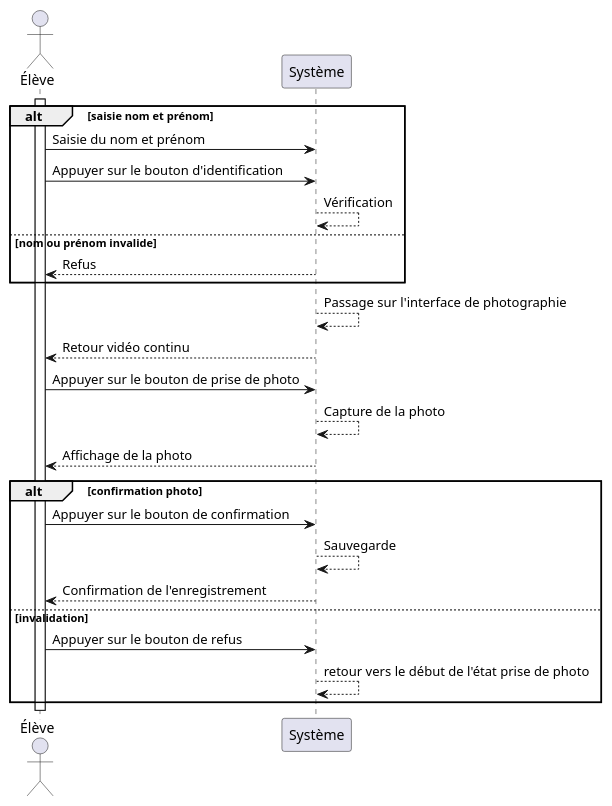
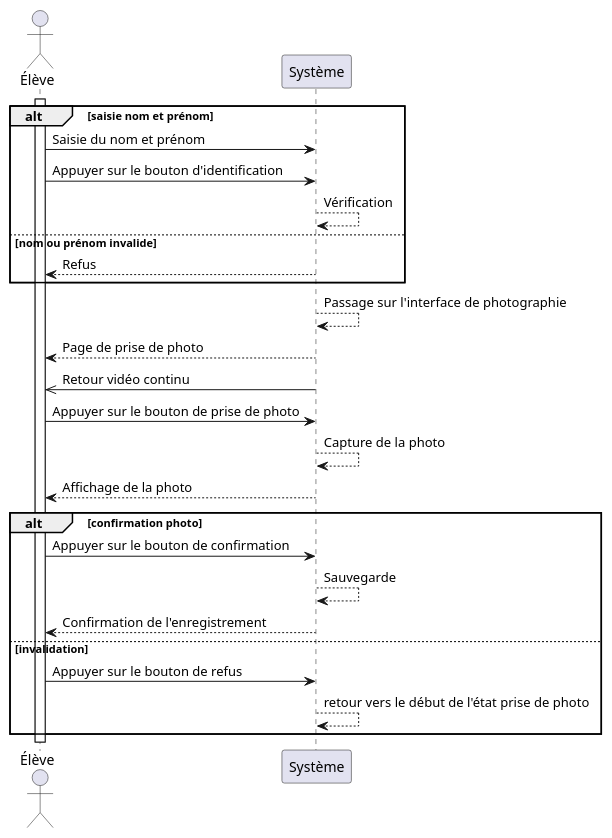
The diagram in Diagrammes/use_case_etudiant_prend_photo.wsd (pandadorable/Trombinoscope), drawn with PlantUML before and after one commit.

Commit message:
fix : message asynchrone on use case photo

```diff
--- a/Diagrammes/use_case_etudiant_prend_photo.wsd
+++ b/Diagrammes/use_case_etudiant_prend_photo.wsd
@@ -1,28 +1,29 @@
 @startuml etudiant_prend_photo
 actor Élève
 activate Élève
 alt saisie nom et prénom
      Élève-> Système: Saisie du nom et prénom
      Élève-> Système: Appuyer sur le bouton d'identification
      Système--> Système : Vérification
 else nom ou prénom invalide
      Système--> Élève: Refus
 end
 
 Système--> Système : Passage sur l'interface de photographie
-Système--> Élève: Retour vidéo continu
+Système--> Élève: Page de prise de photo
+Système->> Élève: Retour vidéo continu
 
 Élève-> Système: Appuyer sur le bouton de prise de photo
 Système--> Système : Capture de la photo
 Système--> Élève: Affichage de la photo
 
 
 alt confirmation photo
      Élève-> Système: Appuyer sur le bouton de confirmation
      Système--> Système : Sauvegarde
      Système--> Élève: Confirmation de l'enregistrement
 else invalidation
      Élève-> Système: Appuyer sur le bouton de refus
      Système--> Système : retour vers le début de l'état prise de photo
 end
 @enduml
```
